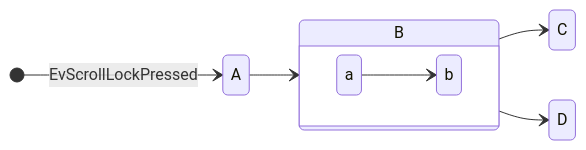
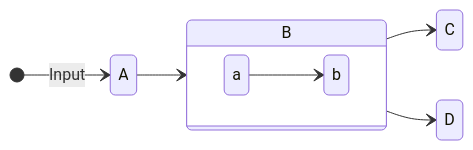
Before and after one commit to setrar/dsp: the third of 3 diagrams in plan/README.md, drawn with Mermaid.

````diff
--- a/plan/README.md
+++ b/plan/README.md
@@ -28,12 +28,12 @@
 ```mermaid
 stateDiagram
     direction LR
-    [*] --> A : EvScrollLockPressed
+    [*] --> A : Input
     A --> B
     B --> C
     state B {
       direction LR
       a --> b
     }
     B --> D
 ```
````
